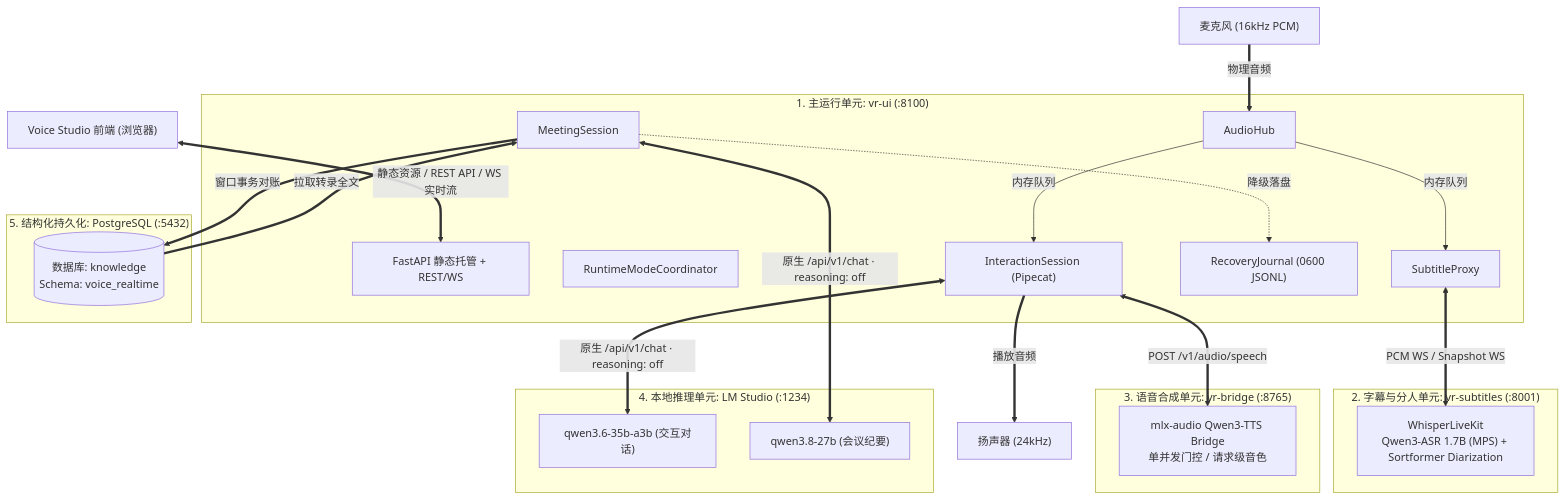
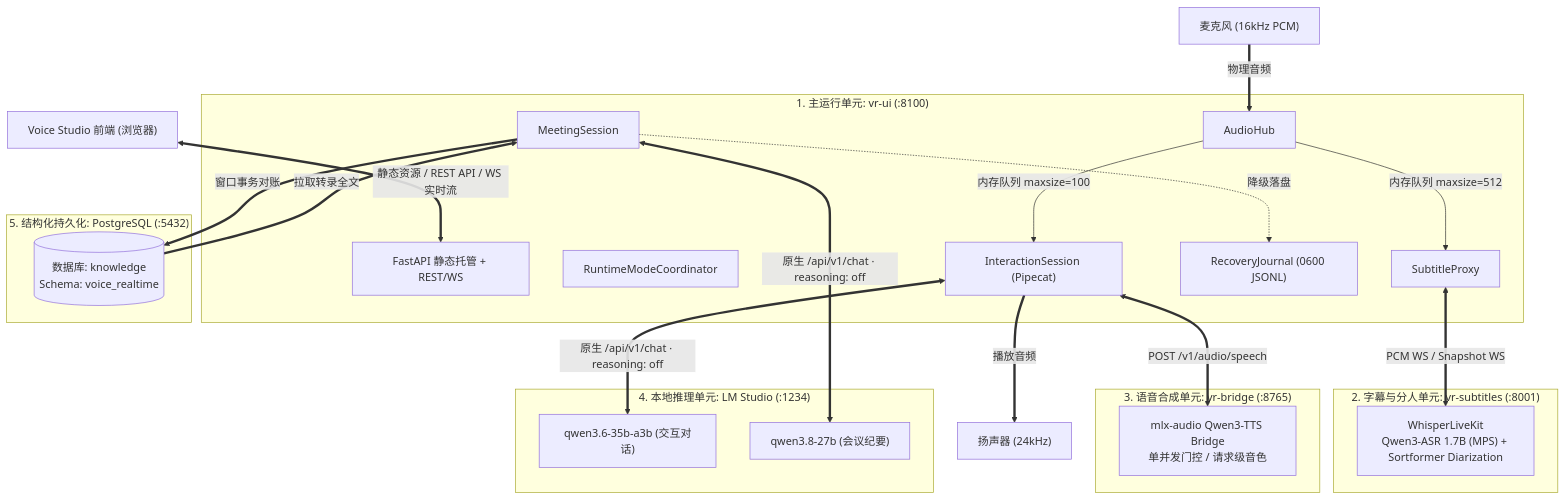
Before and after one commit to hrygo/voice-realtime: the second of 13 diagrams in docs/系统总体架构与详细设计方案.md, drawn with Mermaid. The commit also changed other lines of this file and 8 other files, not shown here.

Commit message:
docs(architecture): 审查校对系统总体架构方案并完善会议面板交互体验

````diff
--- a/docs/系统总体架构与详细设计方案.md
+++ b/docs/系统总体架构与详细设计方案.md
@@ -160,49 +163,49 @@
 ```mermaid
 flowchart TB
     BROWSER["Voice Studio 前端 (浏览器)"]
     MIC["麦克风 (16kHz PCM)"]
     SPEAKER["扬声器 (24kHz)"]
 
     subgraph UNIT1["1. 主运行单元: vr-ui (:8100)"]
         FASTAPI["FastAPI 静态托管 + REST/WS"]
         HUB_NODE["AudioHub"]
         COORD_NODE["RuntimeModeCoordinator"]
         PIPE_NODE["InteractionSession (Pipecat)"]
         PROXY_NODE["SubtitleProxy"]
         MEETING_NODE["MeetingSession"]
         JOURNAL_NODE["RecoveryJournal (0600 JSONL)"]
     end
 
     subgraph UNIT2["2. 字幕与分人单元: vr-subtitles (:8001)"]
         WLK_NODE["WhisperLiveKit<br/>Qwen3-ASR 1.7B (MPS) + Sortformer Diarization"]
     end
 
     subgraph UNIT3["3. 语音合成单元: vr-bridge (:8765)"]
         TTS_NODE["mlx-audio Qwen3-TTS Bridge<br/>单并发门控 / 请求级音色"]
     end
 
     subgraph UNIT4["4. 本地推理单元: LM Studio (:1234)"]
         LM_INTERACT["qwen3.6-35b-a3b (交互对话)"]
         LM_SUMMARY["qwen3.8-27b (会议纪要)"]
     end
 
     subgraph STORAGE["5. 结构化持久化: PostgreSQL (:5432)"]
         PG_DB[("数据库: knowledge<br/>Schema: voice_realtime")]
     end
 
     MIC ==>|物理音频| HUB_NODE
-    HUB_NODE -->|内存队列| PIPE_NODE
-    HUB_NODE -->|内存队列| PROXY_NODE
+    HUB_NODE -->|内存队列 maxsize=100| PIPE_NODE
+    HUB_NODE -->|内存队列 maxsize=512| PROXY_NODE
 
     PROXY_NODE <==>|PCM WS / Snapshot WS| WLK_NODE
     PIPE_NODE <==>|原生 /api/v1/chat · reasoning: off| LM_INTERACT
     PIPE_NODE <==>|POST /v1/audio/speech| TTS_NODE
     PIPE_NODE ==>|播放音频| SPEAKER
 
     MEETING_NODE ==>|窗口事务对账| PG_DB
     MEETING_NODE -.->|降级落盘| JOURNAL_NODE
     PG_DB ==>|拉取转录全文| MEETING_NODE
     MEETING_NODE <==>|原生 /api/v1/chat · reasoning: off| LM_SUMMARY
 
     BROWSER <==>|静态资源 / REST API / WS 实时流| FASTAPI
 ```
````
